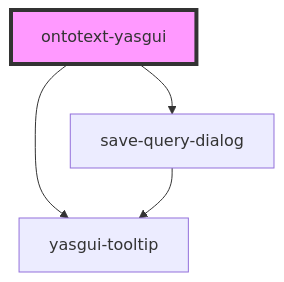
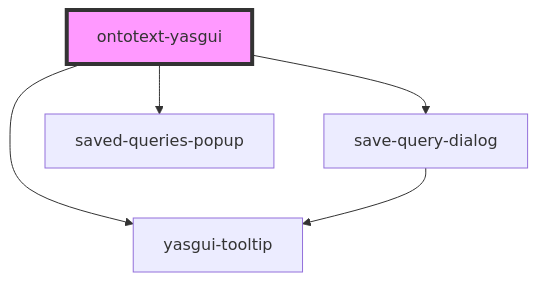
The diagram in ontotext-yasgui-web-component/src/components/ontotext-yasgui-web-component/readme.md (Ontotext-AD/ontotext-yasgui), drawn with Mermaid before and after one commit. The commit also changed other lines of this file and 7 other files, not shown here.

Commit message:
Fix review notes. Changed the model of the saved query response in order to be more convenient and readable. Improved styling of the saved queries popup.

````diff
--- a/ontotext-yasgui-web-component/src/components/ontotext-yasgui-web-component/readme.md
+++ b/ontotext-yasgui-web-component/src/components/ontotext-yasgui-web-component/readme.md
@@ -68,7 +70,8 @@
 ```mermaid
 graph TD;
   ontotext-yasgui --> yasgui-tooltip
   ontotext-yasgui --> save-query-dialog
+  ontotext-yasgui --> saved-queries-popup
   save-query-dialog --> yasgui-tooltip
   style ontotext-yasgui fill:#f9f,stroke:#333,stroke-width:4px
 ```
````
